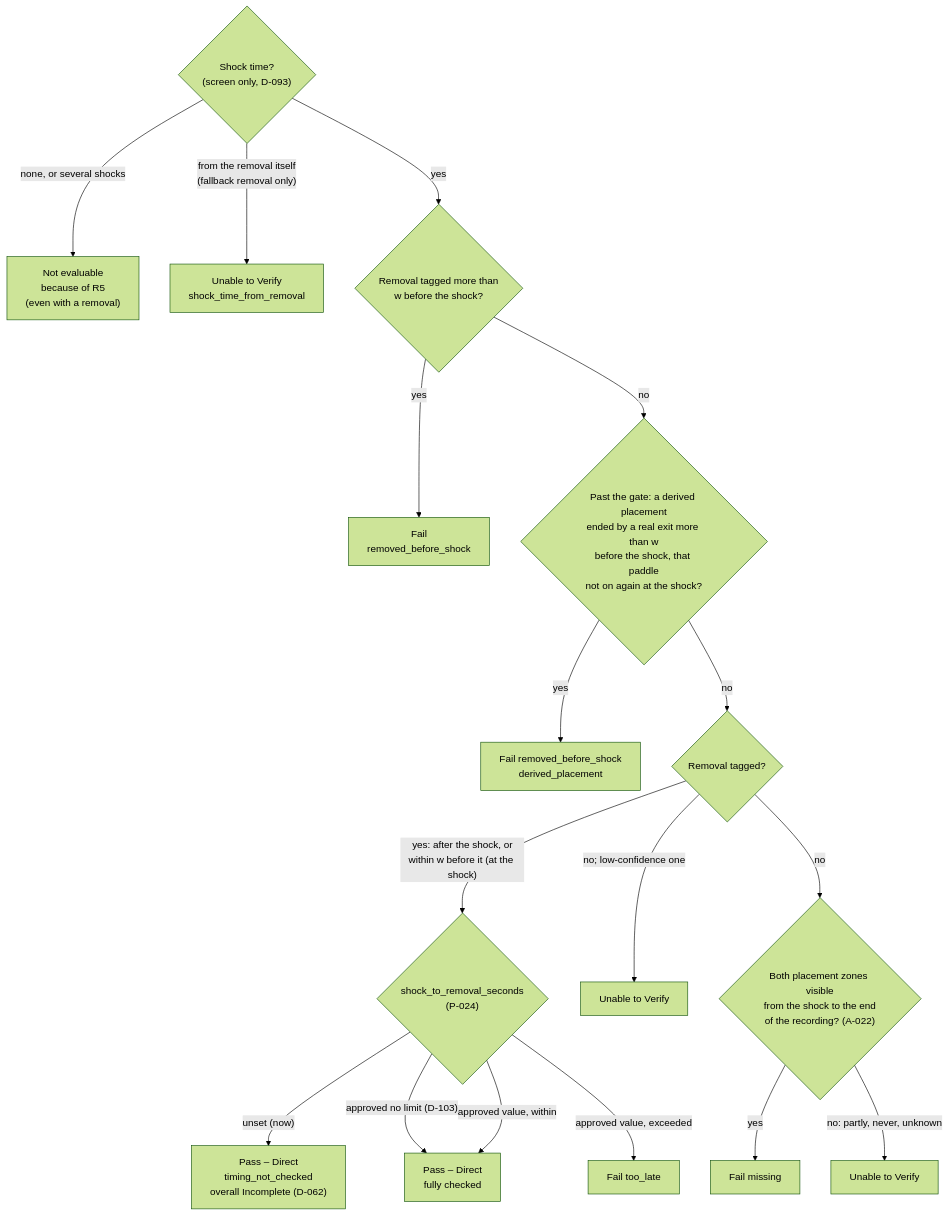
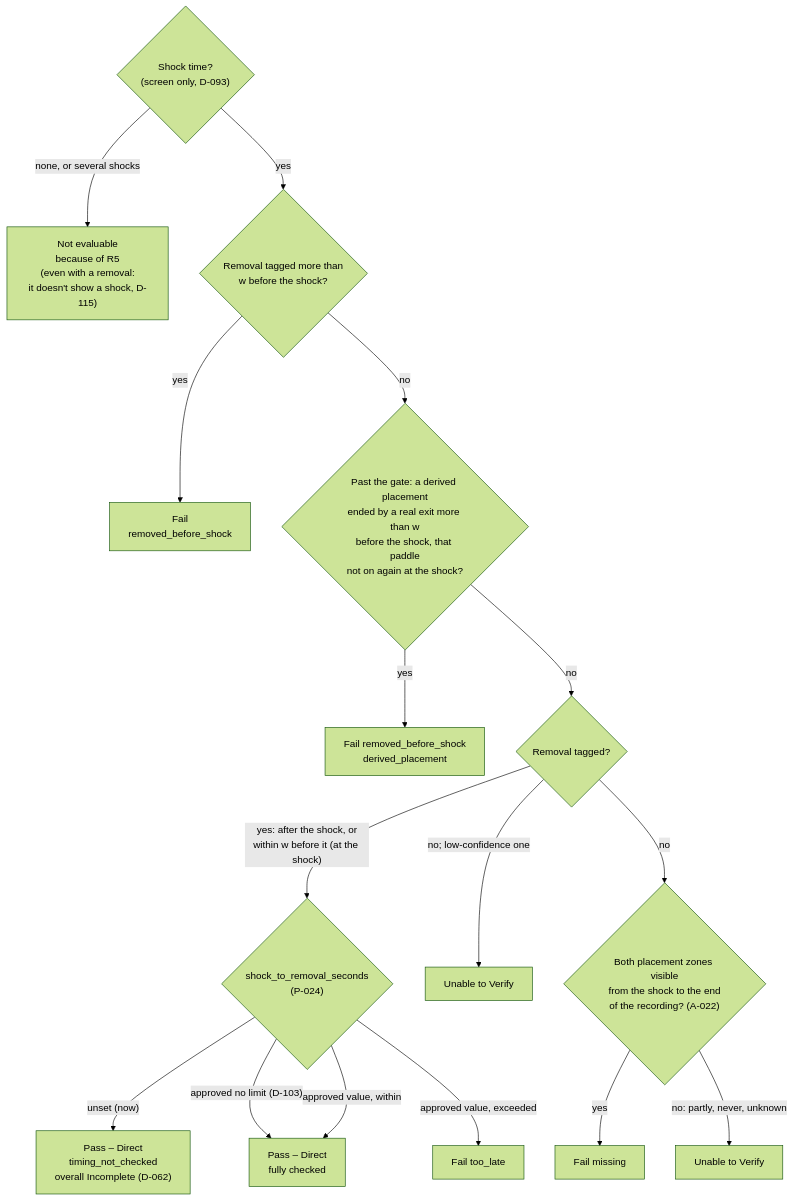
Diagram 12 of 16 in docs/rule_engine/diagrams.md (ananthu65/defibrillator_research), drawn with Mermaid (forest theme) before and after one commit. The commit also changed other lines of this file and 33 other files, not shown here.

First line of the commit message:
fix(rules): remove every paddle-removal-implies-shock inference (D-115)

````diff
--- a/docs/rule_engine/diagrams.md
+++ b/docs/rule_engine/diagrams.md
@@ -319,19 +305,18 @@
 ```mermaid
 flowchart TD
-    S{"Shock time?<br/>(screen only, D-093)"} -->|"none, or several shocks"| NE["Not evaluable<br/>because of R5<br/>(even with a removal)"]
-    S -->|"from the removal itself<br/>(fallback removal only)"| U0["Unable to Verify<br/>shock_time_from_removal"]
+    S{"Shock time?<br/>(screen only, D-093)"} -->|"none, or several shocks"| NE["Not evaluable<br/>because of R5<br/>(even with a removal:<br/>it doesn't show a shock, D-115)"]
     S -->|yes| RB{"Removal tagged more than<br/>w before the shock?"}
     RB -->|yes| F1["Fail<br/>removed_before_shock"]
     RB -->|no| DE{"Past the gate: a derived placement<br/>ended by a real exit more than w<br/>before the shock, that paddle<br/>not on again at the shock?"}
     DE -->|yes| F2["Fail removed_before_shock<br/>derived_placement"]
     DE -->|no| RM{"Removal tagged?"}
     RM -->|"yes: after the shock, or<br/>within w before it (at the shock)"| L{"shock_to_removal_seconds<br/>(P-024)"}
     L -->|"unset (now)"| P1["Pass – Direct<br/>timing_not_checked<br/>overall Incomplete (D-062)"]
     L -->|"approved no limit (D-103)"| P2["Pass – Direct<br/>fully checked"]
     L -->|approved value, within| P2
     L -->|approved value, exceeded| F3["Fail too_late"]
     RM -->|"no; low-confidence one"| U1["Unable to Verify"]
     RM -->|no| Z{"Both placement zones visible<br/>from the shock to the end<br/>of the recording? (A-022)"}
     Z -->|yes| F4["Fail missing"]
     Z -->|"no: partly, never, unknown"| U2["Unable to Verify"]
 ```
````
